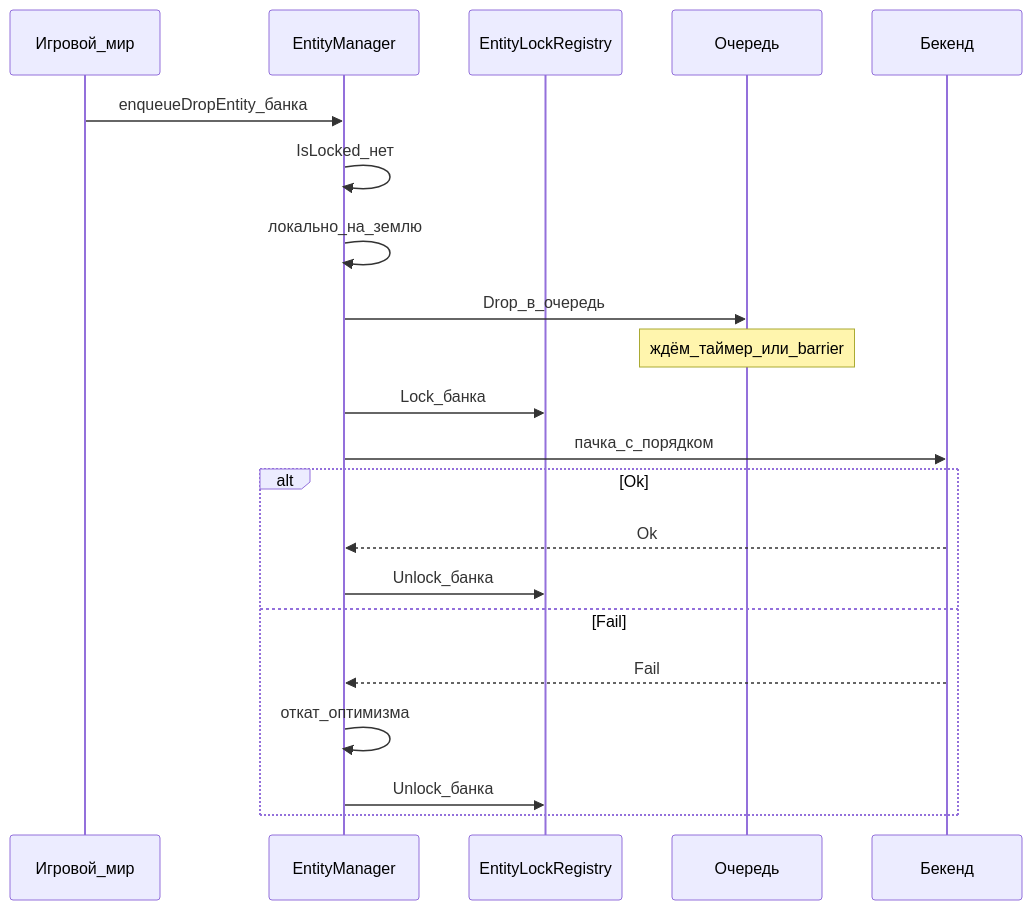
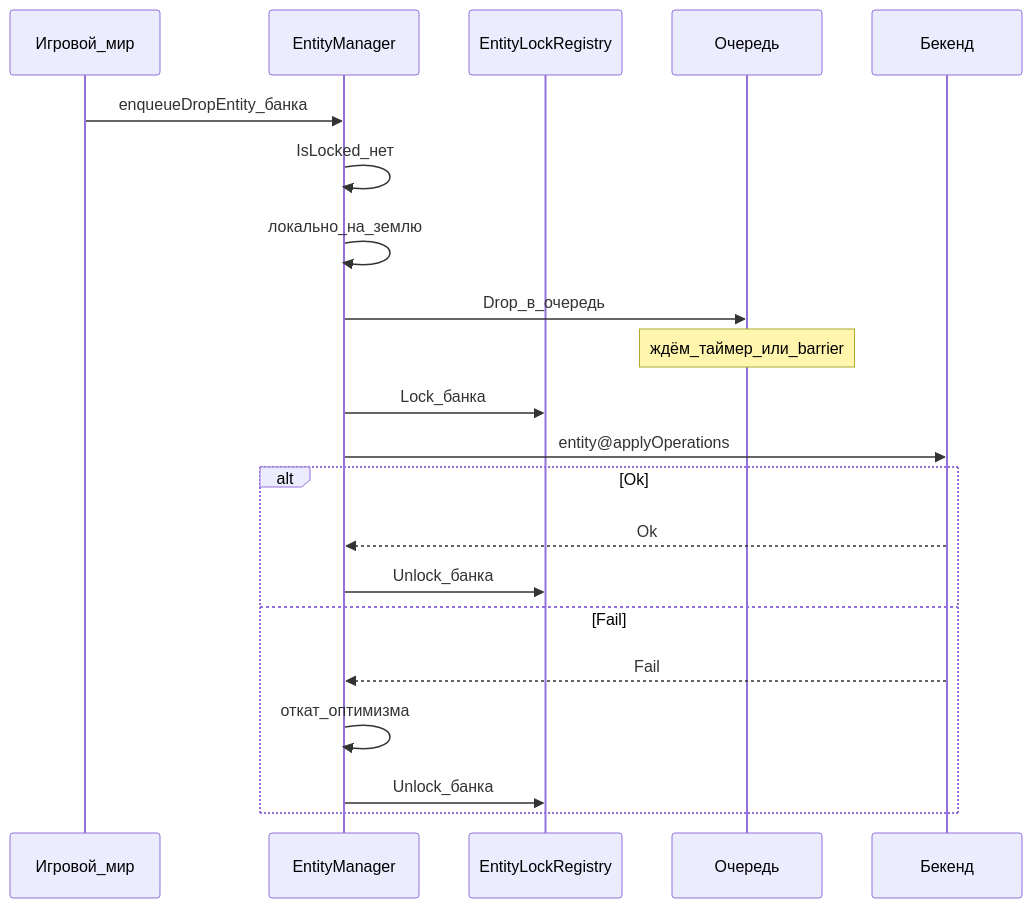
One commit to EvGenius91/arma-r-arch changed the diagram in Architecture/EntityManager.Operations.md. Above: the diagram before and after it, drawn with Mermaid. The commit also changed other lines of this file and 5 other files, not shown here.

````diff
--- a/Architecture/EntityManager.Operations.md
+++ b/Architecture/EntityManager.Operations.md
@@ -96,24 +96,24 @@
 ```mermaid
 sequenceDiagram
     participant World as Игровой_мир
     participant EM as EntityManager
     participant Lock as EntityLockRegistry
     participant Q as Очередь
     participant BE as Бекенд
 
     World->>EM: enqueueDropEntity_банка
     EM->>EM: IsLocked_нет
     EM->>EM: локально_на_землю
     EM->>Q: Drop_в_очередь
     Note over Q: ждём_таймер_или_barrier
     EM->>Lock: Lock_банка
-    EM->>BE: пачка_с_порядком
+    EM->>BE: entity@applyOperations
     alt Ok
         BE-->>EM: Ok
         EM->>Lock: Unlock_банка
     else Fail
         BE-->>EM: Fail
         EM->>EM: откат_оптимизма
         EM->>Lock: Unlock_банка
     end
 ```
````
